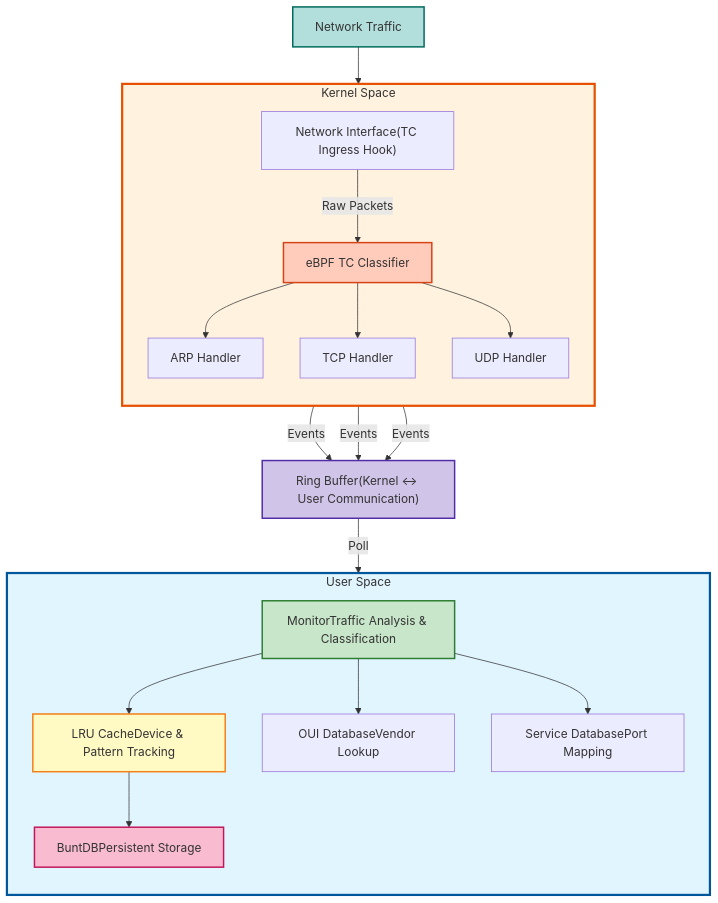
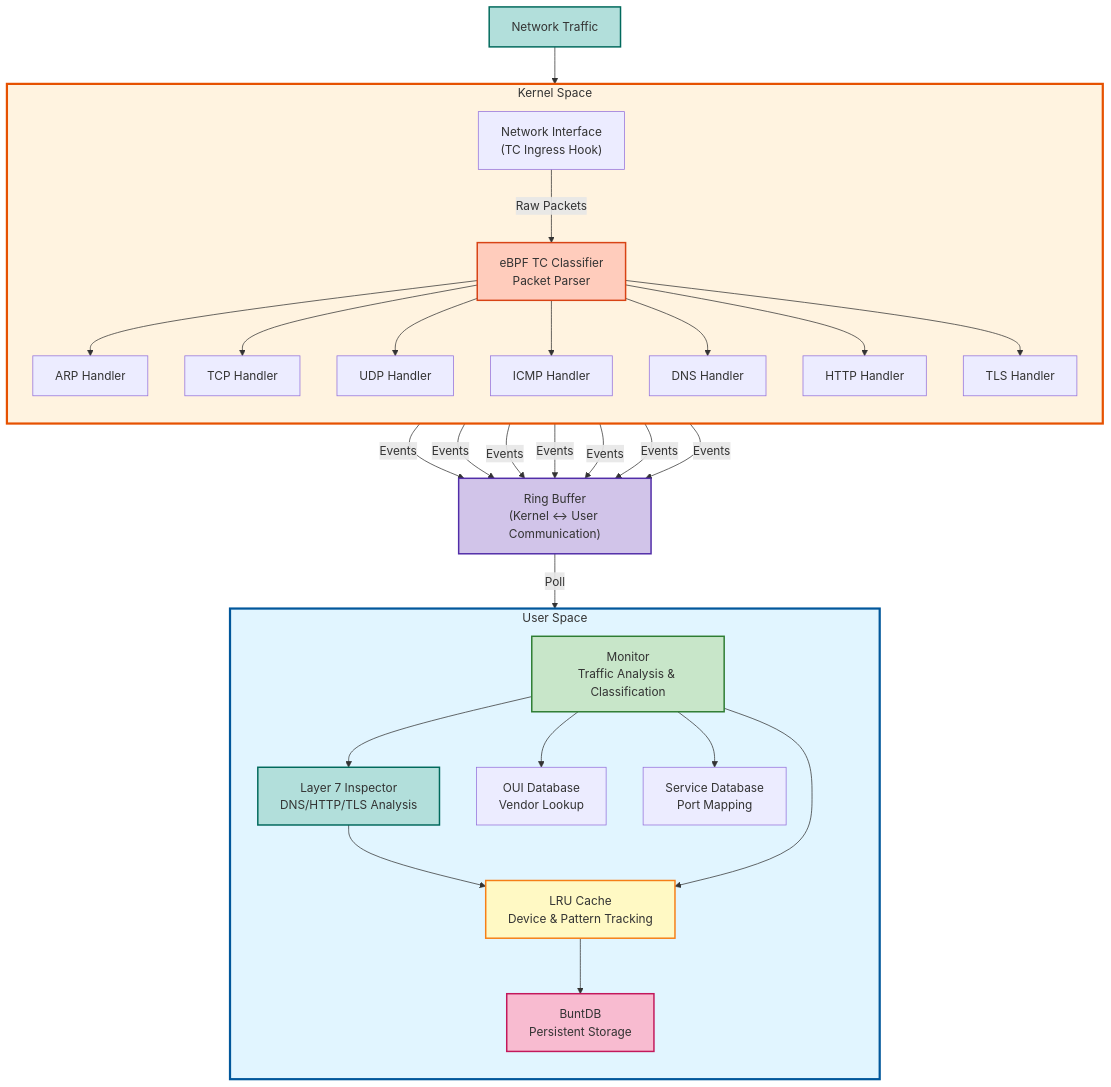
One commit to zrougamed/cerberus changed the diagram in README.md. Above: the diagram before and after it, drawn with Mermaid. The commit also changed other lines of this file, not shown here.

````diff
--- a/README.md
+++ b/README.md
@@ -19,48 +21,64 @@
 ```mermaid
 flowchart TD
     subgraph UserSpace["User Space"]
         direction TB
-        Monitor["MonitorTraffic Analysis & Classification"]
-        Cache["LRU CacheDevice & Pattern Tracking"]
-        DB["BuntDBPersistent Storage"]
-        OUI["OUI DatabaseVendor Lookup"]
-        Services["Service DatabasePort Mapping"]
+        Monitor["Monitor<br/>Traffic Analysis & Classification"]
+        L7["Layer 7 Inspector<br/>DNS/HTTP/TLS Analysis"]
+        Cache["LRU Cache<br/>Device & Pattern Tracking"]
+        DB["BuntDB<br/>Persistent Storage"]
+        OUI["OUI Database<br/>Vendor Lookup"]
+        Services["Service Database<br/>Port Mapping"]
         
+        Monitor --> L7
+        L7 --> Cache
         Monitor --> Cache
         Cache --> DB
         Monitor --> OUI
         Monitor --> Services
     end
     
-    RingBuffer["Ring Buffer(Kernel ↔ User Communication)"]
+    RingBuffer["Ring Buffer<br/>(Kernel ↔ User Communication)"]
     
     subgraph KernelSpace["Kernel Space"]
         direction TB
-        eBPF["eBPF TC Classifier"]
+        eBPF["eBPF TC Classifier<br/>Packet Parser"]
         ARPHandler["ARP Handler"]
         TCPHandler["TCP Handler"]
         UDPHandler["UDP Handler"]
-        NetIF["Network Interface(TC Ingress Hook)"]
+        ICMPHandler["ICMP Handler"]
+        DNSHandler["DNS Handler"]
+        HTTPHandler["HTTP Handler"]
+        TLSHandler["TLS Handler"]
+        NetIF["Network Interface<br/>(TC Ingress Hook)"]
         
         NetIF -->|Raw Packets| eBPF
         eBPF --> ARPHandler
         eBPF --> TCPHandler
         eBPF --> UDPHandler
+        eBPF --> ICMPHandler
+        eBPF --> DNSHandler
+        eBPF --> HTTPHandler
+        eBPF --> TLSHandler
     end
     
     ARPHandler -->|Events| RingBuffer
     TCPHandler -->|Events| RingBuffer
     UDPHandler -->|Events| RingBuffer
+    ICMPHandler -->|Events| RingBuffer
+    DNSHandler -->|Events| RingBuffer
+    HTTPHandler -->|Events| RingBuffer
+    TLSHandler -->|Events| RingBuffer
     RingBuffer -->|Poll| Monitor
     
     Network["Network Traffic"] --> NetIF
     
     style UserSpace fill:#e1f5ff,stroke:#01579b,stroke-width:3px
     style KernelSpace fill:#fff3e0,stroke:#e65100,stroke-width:3px
     style Monitor fill:#c8e6c9,stroke:#2e7d32,stroke-width:2px
+    style L7 fill:#b2dfdb,stroke:#00695c,stroke-width:2px
     style Cache fill:#fff9c4,stroke:#f57f17,stroke-width:2px
     style DB fill:#f8bbd0,stroke:#c2185b,stroke-width:2px
     style eBPF fill:#ffccbc,stroke:#d84315,stroke-width:2px
     style RingBuffer fill:#d1c4e9,stroke:#512da8,stroke-width:2px
     style Network fill:#b2dfdb,stroke:#00695c,stroke-width:2px
 ```
````
